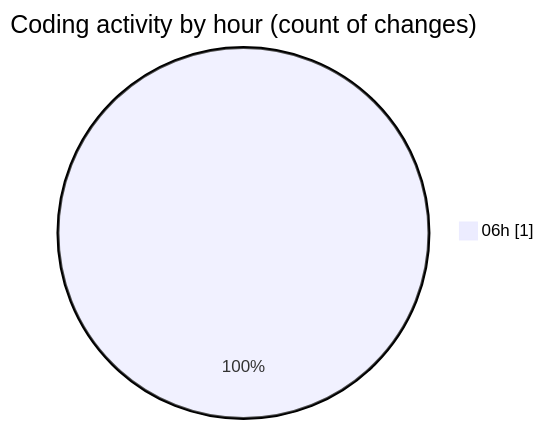
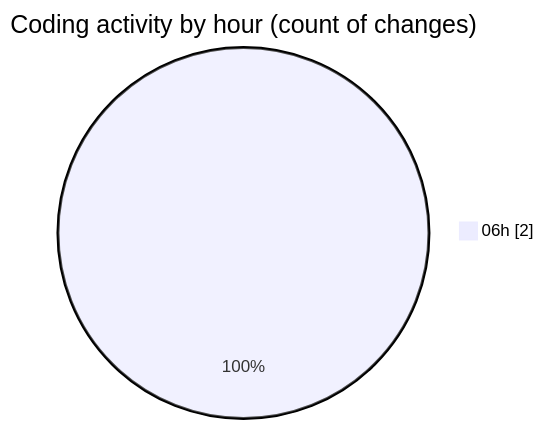
The second of 2 diagrams in 2026-02-24/workbench__workspace_/README.md (jadenblack/code-tracking), drawn with Mermaid before and after one commit. The commit also changed other lines of this file and 1 other file, not shown here.

````diff
--- a/2026-02-24/workbench__workspace_/README.md
+++ b/2026-02-24/workbench__workspace_/README.md
@@ -28,5 +30,5 @@
 ```mermaid
 pie showData
 title Coding activity by hour (count of changes)
-"06h" : 1
+"06h" : 2
 ```
````
